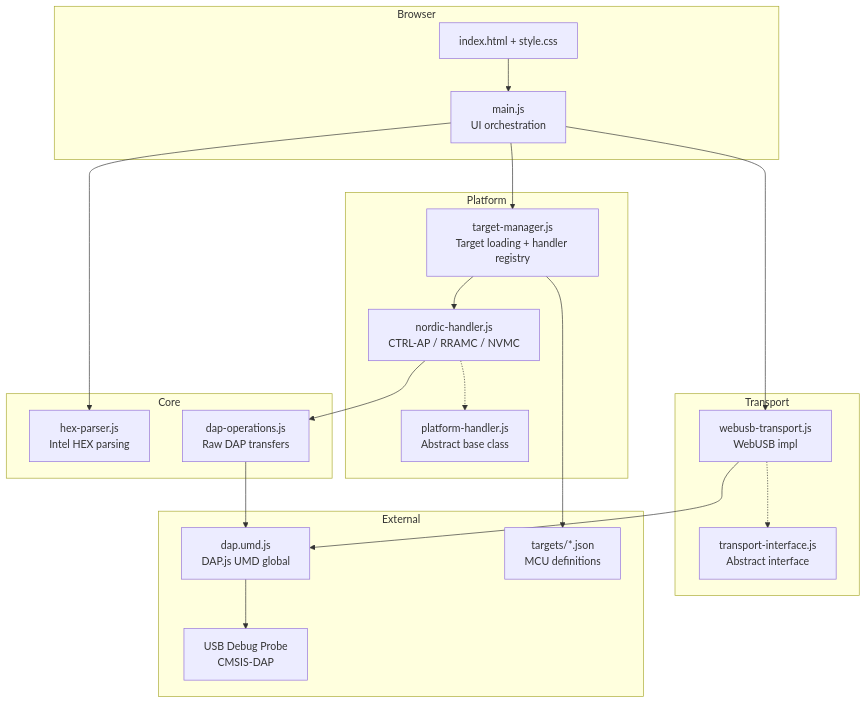
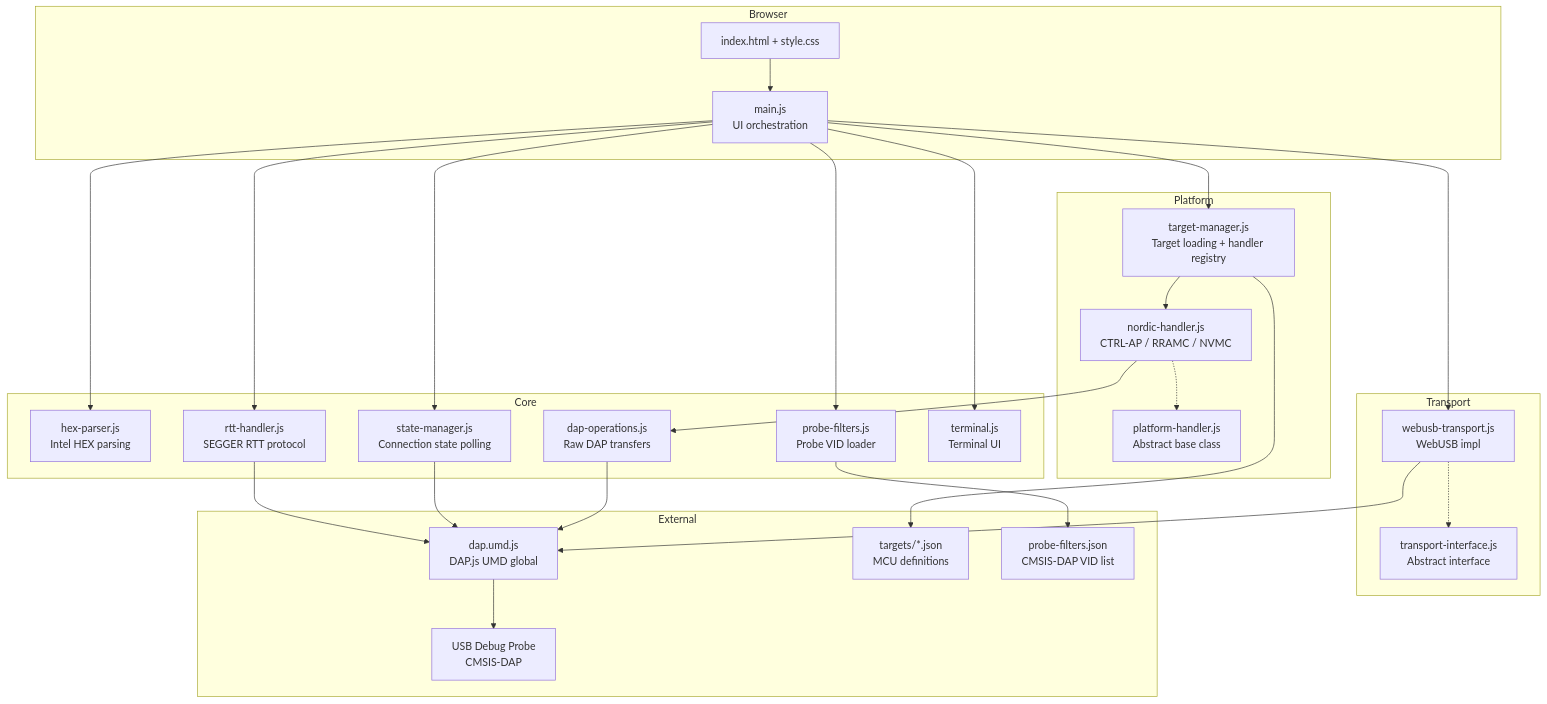
The first of 2 diagrams in AI_REVIEW.md (FreeOCD/freeocd-web), drawn with Mermaid before and after one commit. The commit also changed other lines of this file and 1 other file, not shown here.

````diff
--- a/AI_REVIEW.md
+++ b/AI_REVIEW.md
@@ -33,42 +38,54 @@
 ```mermaid
 graph TD
     subgraph Browser
         UI[index.html + style.css]
         MAIN[main.js<br/>UI orchestration]
     end
 
     subgraph Core
         HEX[hex-parser.js<br/>Intel HEX parsing]
         DAP[dap-operations.js<br/>Raw DAP transfers]
+        PF[probe-filters.js<br/>Probe VID loader]
+        RTT[rtt-handler.js<br/>SEGGER RTT protocol]
+        SM[state-manager.js<br/>Connection state polling]
+        TERM[terminal.js<br/>Terminal UI]
     end
 
     subgraph Transport
         TI[transport-interface.js<br/>Abstract interface]
         WEBUSB[webusb-transport.js<br/>WebUSB impl]
     end
 
     subgraph Platform
         PH[platform-handler.js<br/>Abstract base class]
         NORDIC[nordic-handler.js<br/>CTRL-AP / RRAMC / NVMC]
         TM[target-manager.js<br/>Target loading + handler registry]
     end
 
     subgraph External
         DAPJS[dap.umd.js<br/>DAP.js UMD global]
         TARGETS[targets/*.json<br/>MCU definitions]
+        PROBES[probe-filters.json<br/>CMSIS-DAP VID list]
         DEVICE[USB Debug Probe<br/>CMSIS-DAP]
     end
 
     UI --> MAIN
     MAIN --> HEX
     MAIN --> TM
     MAIN --> WEBUSB
+    MAIN --> PF
+    MAIN --> RTT
+    MAIN --> SM
+    MAIN --> TERM
     TM --> NORDIC
     TM --> TARGETS
+    PF --> PROBES
     NORDIC --> DAP
+    RTT --> DAPJS
+    SM --> DAPJS
     WEBUSB --> DAPJS
     DAP --> DAPJS
     DAPJS --> DEVICE
     WEBUSB -.-> TI
     NORDIC -.-> PH
 ```
````
